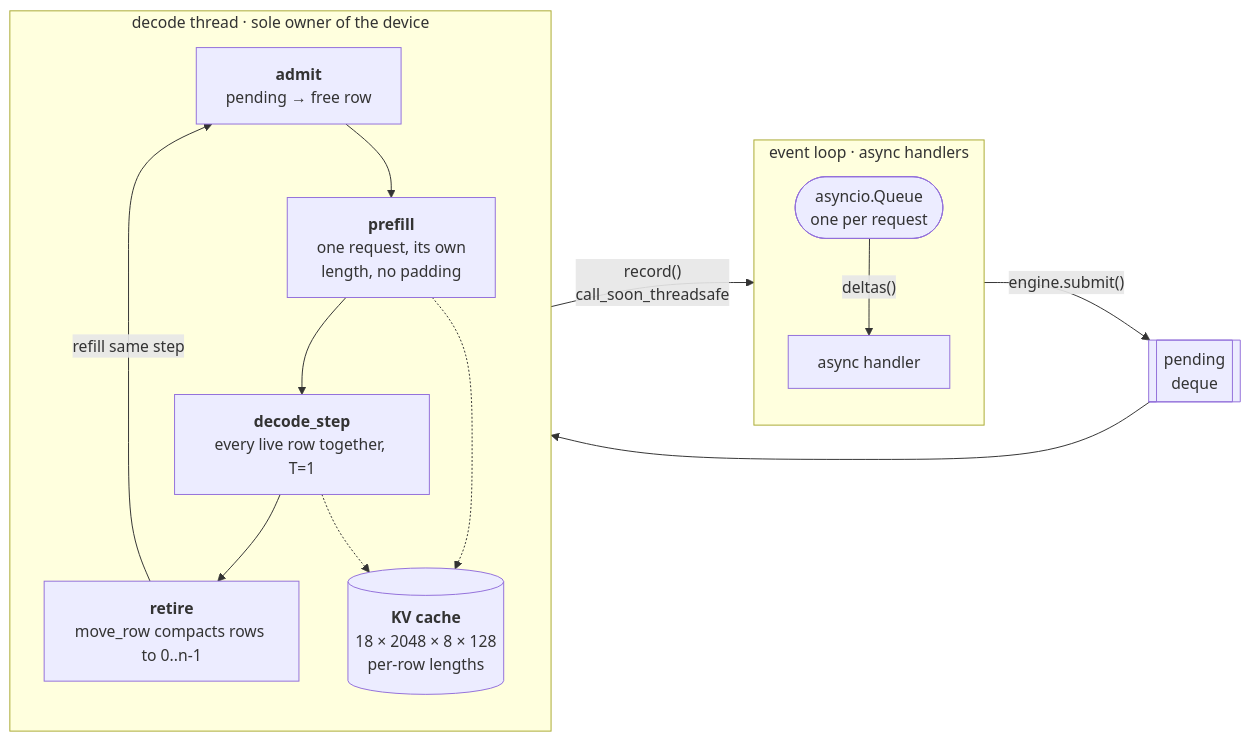
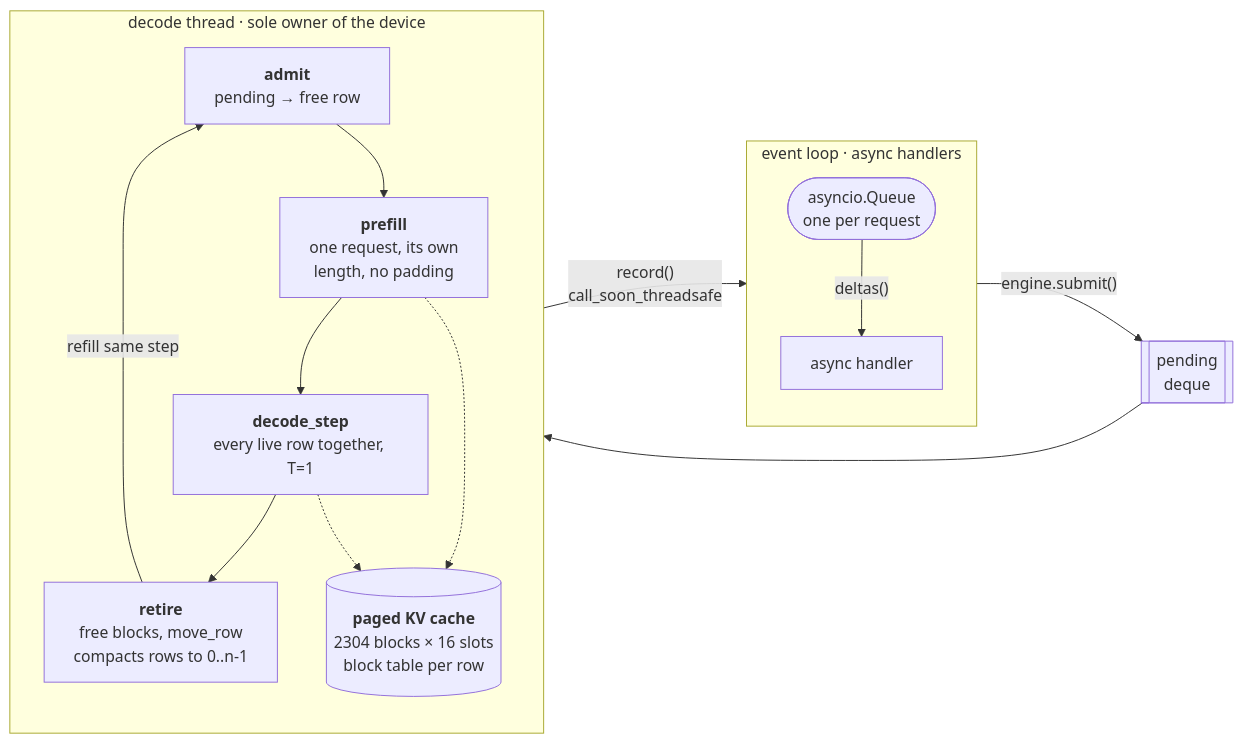
Before and after one commit to Brucewang15/socrates: the second of 2 diagrams in README.md, drawn with Mermaid. The commit also changed other lines of this file and 32 other files, not shown here.

````diff
--- a/README.md
+++ b/README.md
@@ -65,27 +68,27 @@
 ```mermaid
 flowchart LR
   subgraph LOOP["event loop · async handlers"]
     direction TB
     A["async handler"]
     Q(["asyncio.Queue<br/>one per request"])
     Q -->|"deltas()"| A
   end
 
   PD[["pending<br/>deque"]]
 
   subgraph GPU["decode thread · sole owner of the device"]
     direction TB
     AD["<b>admit</b><br/>pending → free row"]
     PF["<b>prefill</b><br/>one request, its own<br/>length, no padding"]
     DS["<b>decode_step</b><br/>every live row together, T=1"]
-    RT["<b>retire</b><br/>move_row compacts rows to 0..n-1"]
-    KV[("<b>KV cache</b><br/>18 × 2048 × 8 × 128<br/>per-row lengths")]
+    RT["<b>retire</b><br/>free blocks, move_row<br/>compacts rows to 0..n-1"]
+    KV[("<b>paged KV cache</b><br/>2304 blocks × 16 slots<br/>block table per row")]
     AD --> PF --> DS --> RT -->|"refill same step"| AD
     PF -.-> KV
     DS -.-> KV
   end
 
   A -->|"engine.submit()"| PD
   PD --> AD
   DS -->|"record()<br/>call_soon_threadsafe"| Q
 ```
````
